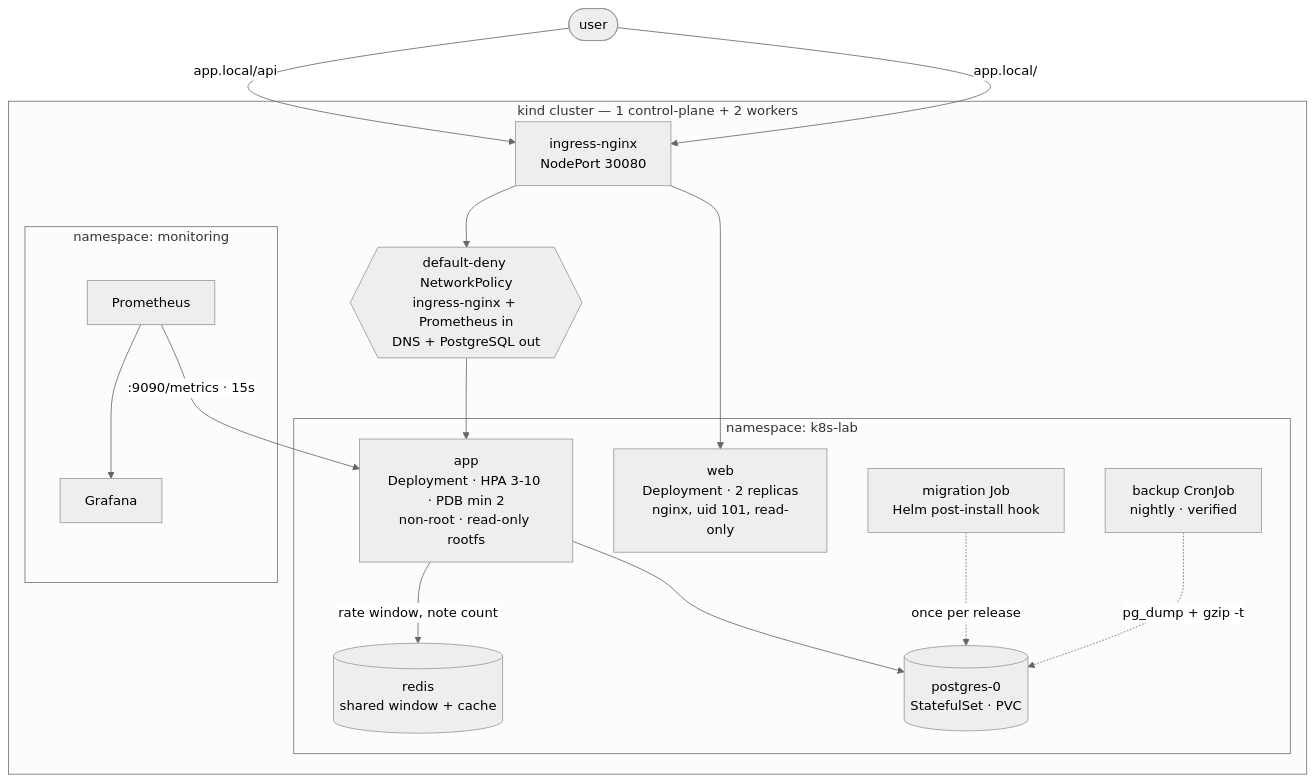
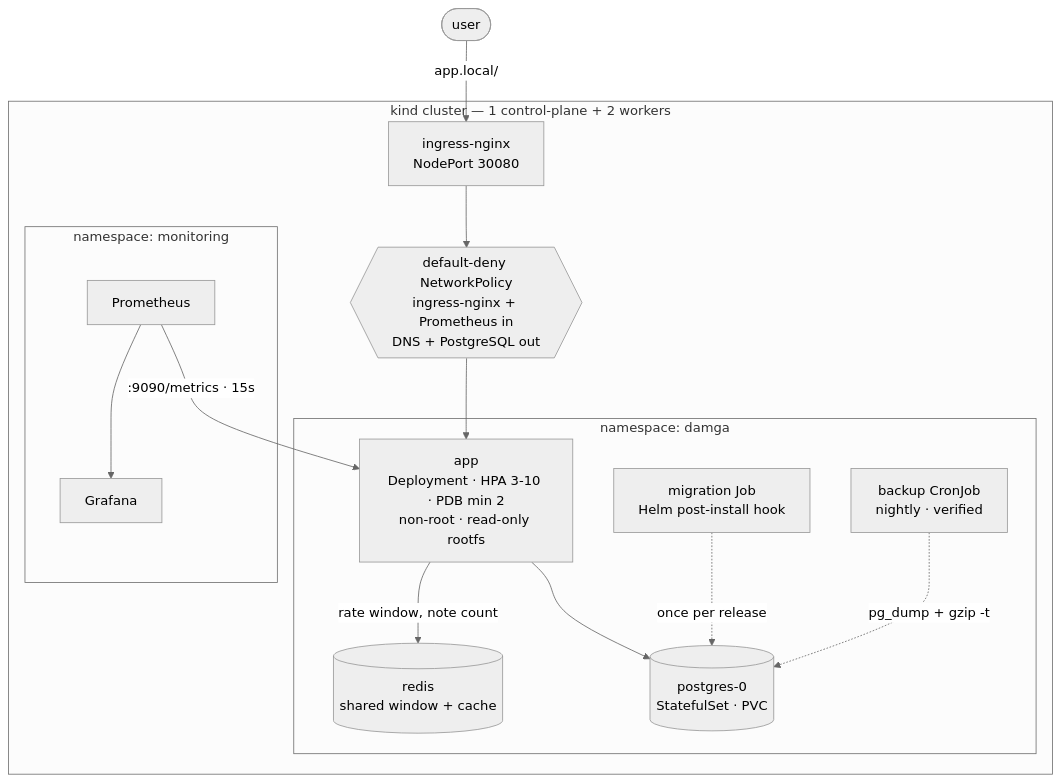
The diagram in README.md (alpacino-0/k8s-lab), drawn with Mermaid (neutral theme) before and after one commit. The commit also changed other lines of this file and 76 other files, not shown here.

````diff
--- a/README.md
+++ b/README.md
@@ -27,33 +27,31 @@
 ```mermaid
 flowchart TB
     U([user])
 
     subgraph CL["kind cluster — 1 control-plane + 2 workers"]
         ING["ingress-nginx<br/>NodePort 30080"]
 
-        subgraph NS["namespace: k8s-lab"]
-            WEB["web<br/>Deployment · 2 replicas<br/>nginx, uid 101, read-only"]
+        subgraph NS["namespace: damga"]
             RD[("redis<br/>shared window + cache")]
             APP["app<br/>Deployment · HPA 3-10 · PDB min 2<br/>non-root · read-only rootfs"]
             PG[("postgres-0<br/>StatefulSet · PVC")]
             MIG["migration Job<br/>Helm post-install hook"]
             BK["backup CronJob<br/>nightly · verified"]
         end
 
         subgraph MON["namespace: monitoring"]
             PROM["Prometheus"]
             GRAF["Grafana"]
         end
 
         NP{{"default-deny NetworkPolicy<br/>ingress-nginx + Prometheus in<br/>DNS + PostgreSQL out"}}
     end
 
-    U -->|"app.local/"| ING --> WEB
-    U -->|"app.local/api"| ING --> NP --> APP
+    U -->|"app.local/"| ING --> NP --> APP
     APP --> PG
     APP -->|"rate window, note count"| RD
     MIG -.->|once per release| PG
     BK -.->|pg_dump + gzip -t| PG
     PROM -->|":9090/metrics · 15s"| APP
     PROM --> GRAF
 ```
````
